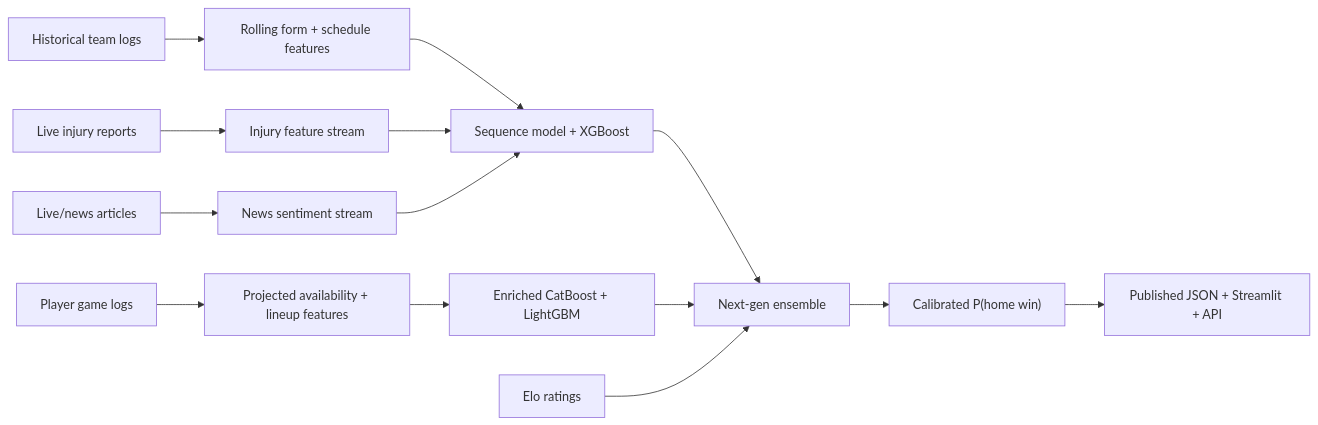
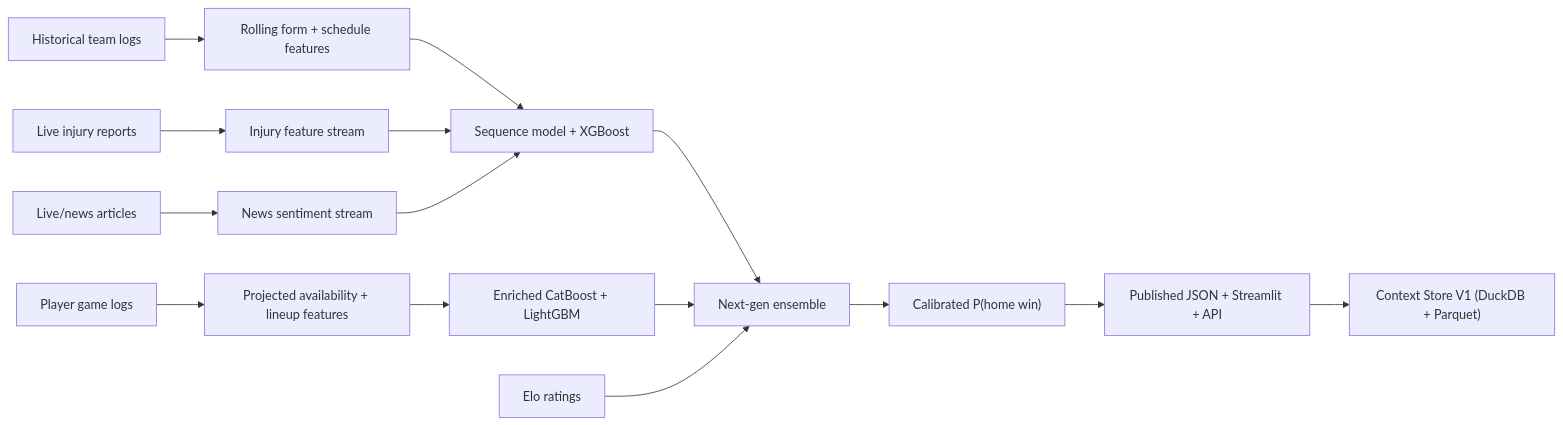
Before and after one commit to galcesana/nba-predict: the diagram in README.md, drawn with Mermaid. The commit also changed other lines of this file and 16 other files, not shown here.

Commit message:
Implement Context Store V1 capture

````diff
--- a/README.md
+++ b/README.md
@@ -47,16 +47,17 @@
 ```mermaid
 flowchart LR
     A["Historical team logs"] --> B["Rolling form + schedule features"]
     C["Player game logs"] --> D["Projected availability + lineup features"]
     E["Live injury reports"] --> F["Injury feature stream"]
     G["Live/news articles"] --> H["News sentiment stream"]
     B --> I["Sequence model + XGBoost"]
     D --> J["Enriched CatBoost + LightGBM"]
     F --> I
     H --> I
     I --> K["Next-gen ensemble"]
     J --> K
     L["Elo ratings"] --> K
     K --> M["Calibrated P(home win)"]
     M --> N["Published JSON + Streamlit + API"]
+    N --> O["Context Store V1 (DuckDB + Parquet)"]
 ```
````
